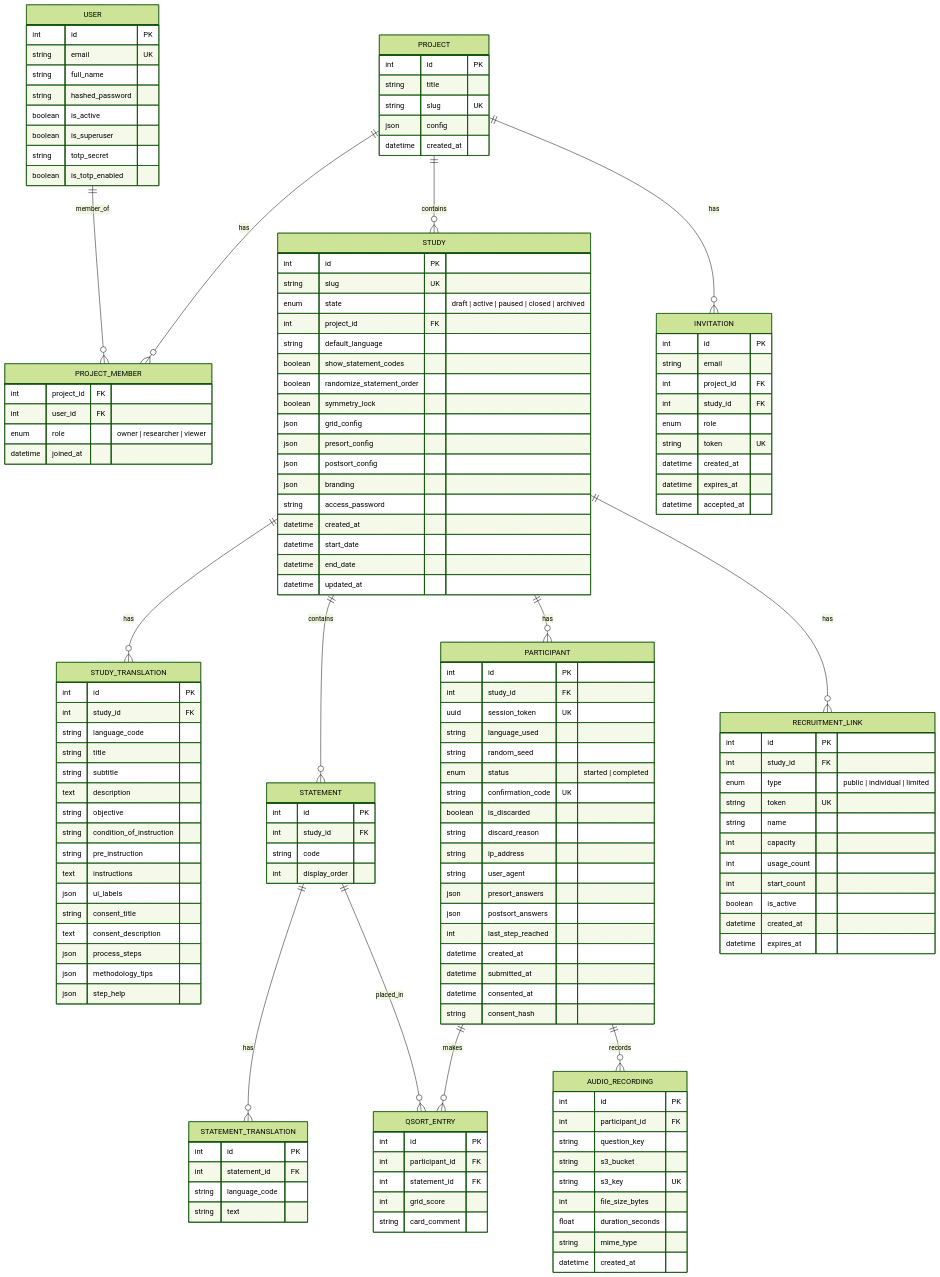
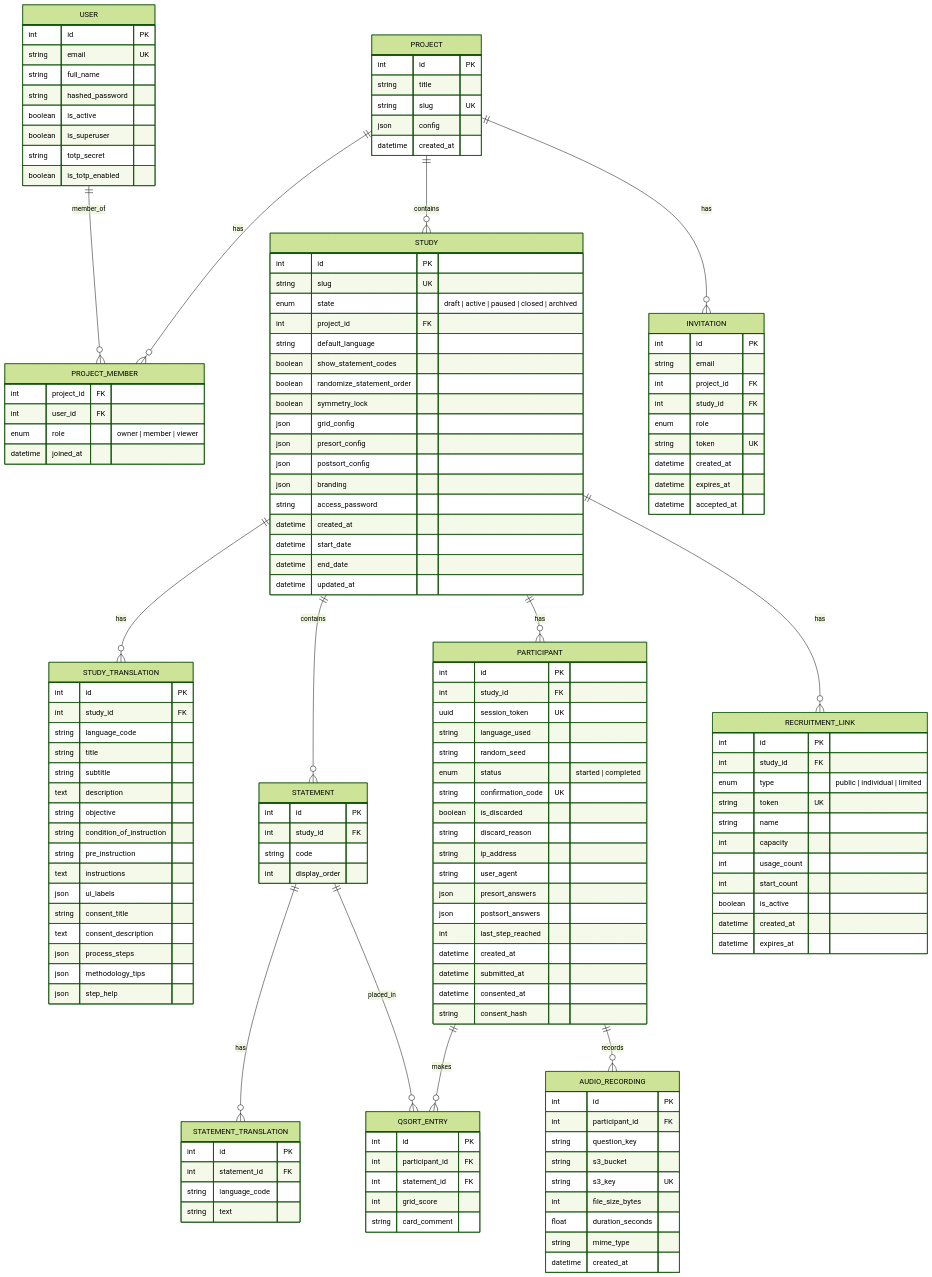
The third of 5 diagrams in docs/explanation/architecture.md (jvastenaekels/qualis), drawn with Mermaid (forest theme) before and after one commit. The commit also changed other lines of this file and 26 other files, not shown here.

```diff
--- a/docs/explanation/architecture.md
+++ b/docs/explanation/architecture.md
@@ -202,7 +202,7 @@
     PROJECT_MEMBER {
         int project_id FK
         int user_id FK
-        enum role "owner | researcher | viewer"
+        enum role "owner | member | viewer"
         datetime joined_at
     }
 
```
